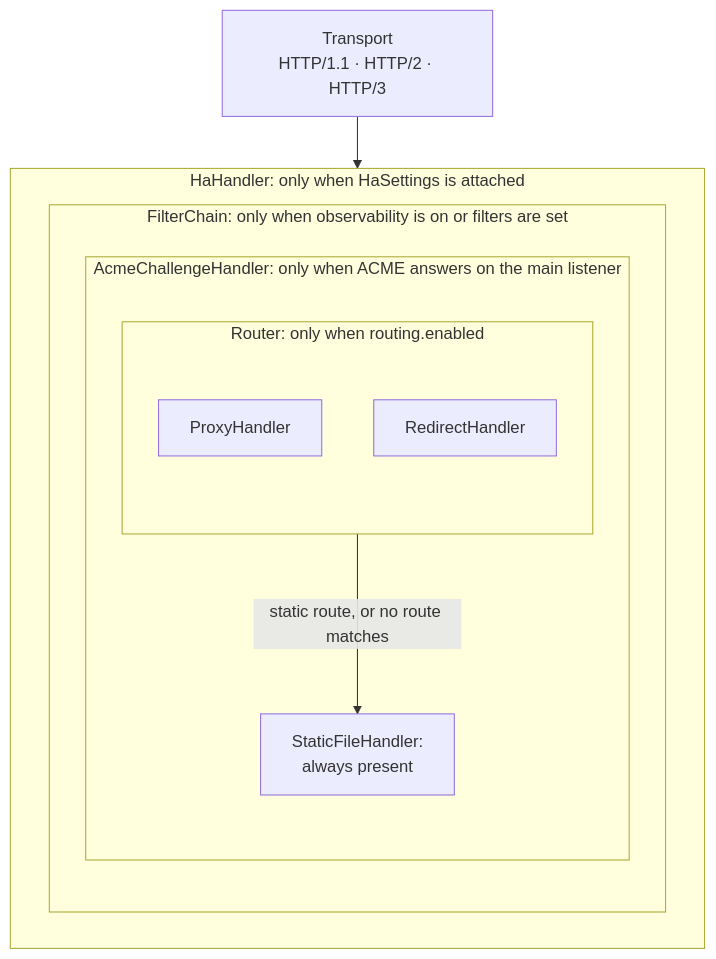
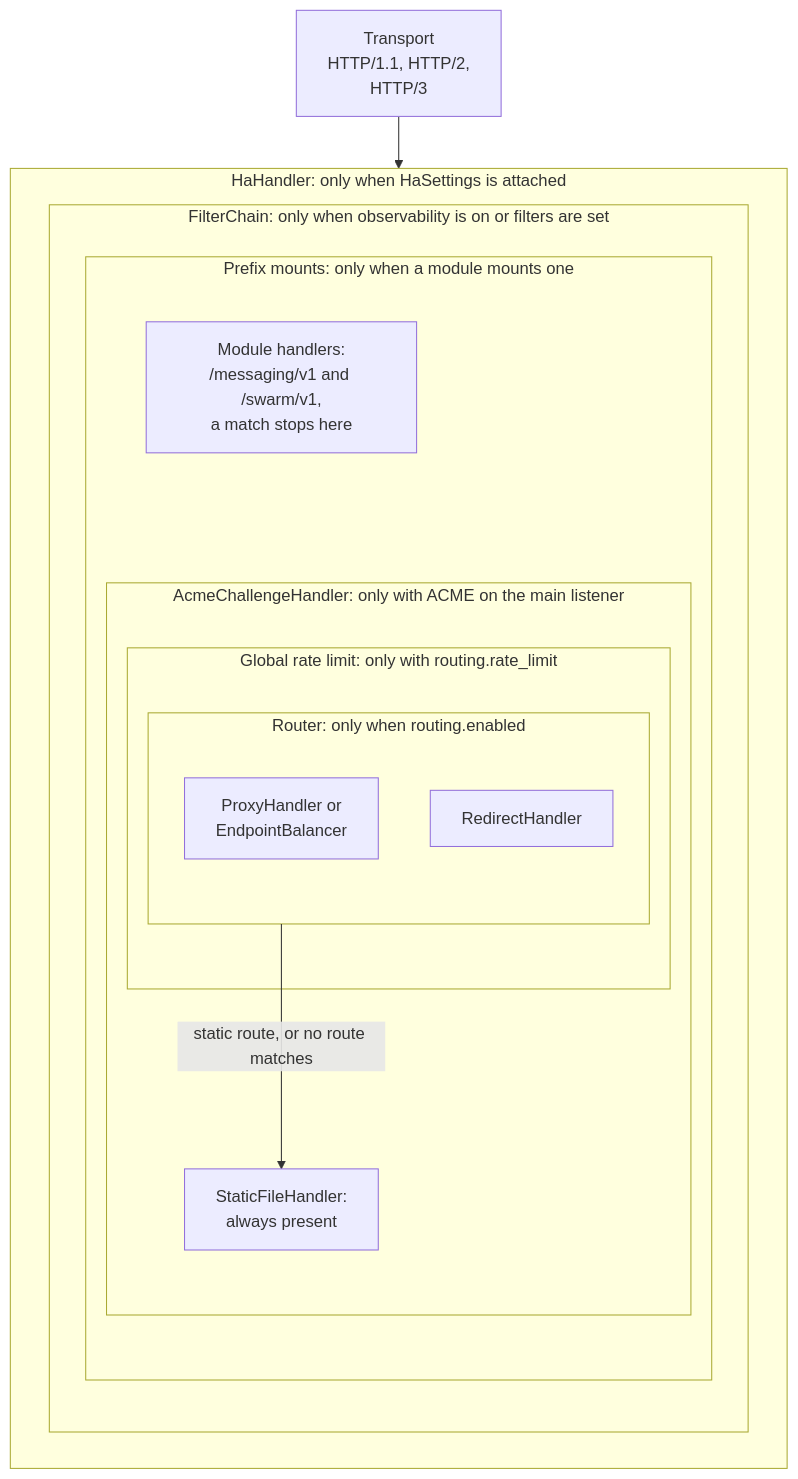
The third of 5 diagrams in docs/design/architecture.md (BlivionIaG/sjws_nettask), drawn with Mermaid before and after one commit. The commit also changed other lines of this file and 5 other files, not shown here.

First line of the commit message:
docs: refresh core, CI and buffer-pool diagrams for the new master

````diff
--- a/docs/design/architecture.md
+++ b/docs/design/architecture.md
@@ -111,17 +112,23 @@
 ```mermaid
 flowchart TB
-    t["Transport<br/>HTTP/1.1 · HTTP/2 · HTTP/3"] --> ha
+    t["Transport<br/>HTTP/1.1, HTTP/2,<br/>HTTP/3"] --> ha
 
     subgraph ha["HaHandler: only when HaSettings is attached"]
         subgraph fc["FilterChain: only when observability is on or filters are set"]
-            subgraph ac["AcmeChallengeHandler: only when ACME answers on the main listener"]
-                subgraph rt["Router: only when routing.enabled"]
-                    px["ProxyHandler"]
-                    rd["RedirectHandler"]
+            subgraph pm["Prefix mounts: only when a module mounts one"]
+                mod["Module handlers:<br/>/messaging/v1 and /swarm/v1,<br/>a match stops here"]
+                subgraph ac["AcmeChallengeHandler: only with ACME on the main listener"]
+                    subgraph rl["Global rate limit: only with routing.rate_limit"]
+                        subgraph rt["Router: only when routing.enabled"]
+                            px["ProxyHandler or<br/>EndpointBalancer"]
+                            rd["RedirectHandler"]
+                        end
+                    end
+                    sf["StaticFileHandler:<br/>always present"]
+                    rt -->|"static route, or no route matches"| sf
                 end
-                sf["StaticFileHandler:<br/>always present"]
-                rt -->|"static route, or no route matches"| sf
+                mod ~~~ px
             end
         end
     end
 ```
````
